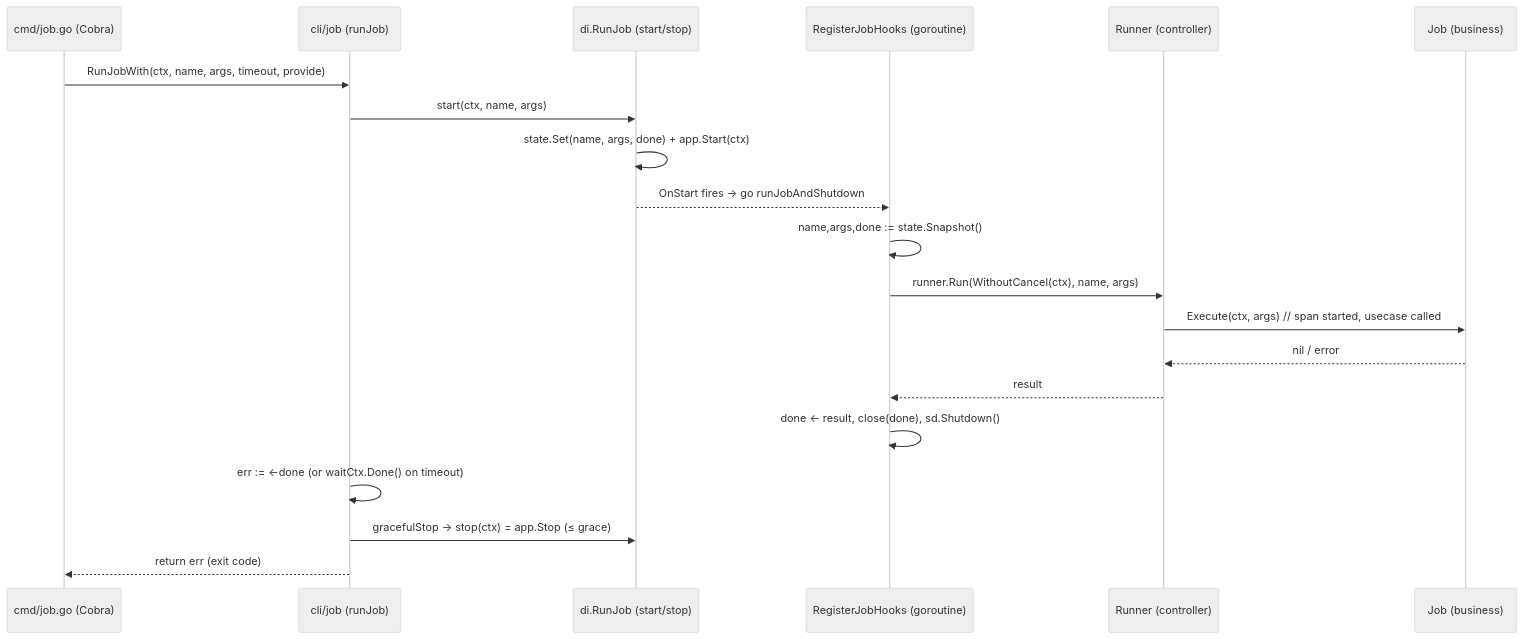
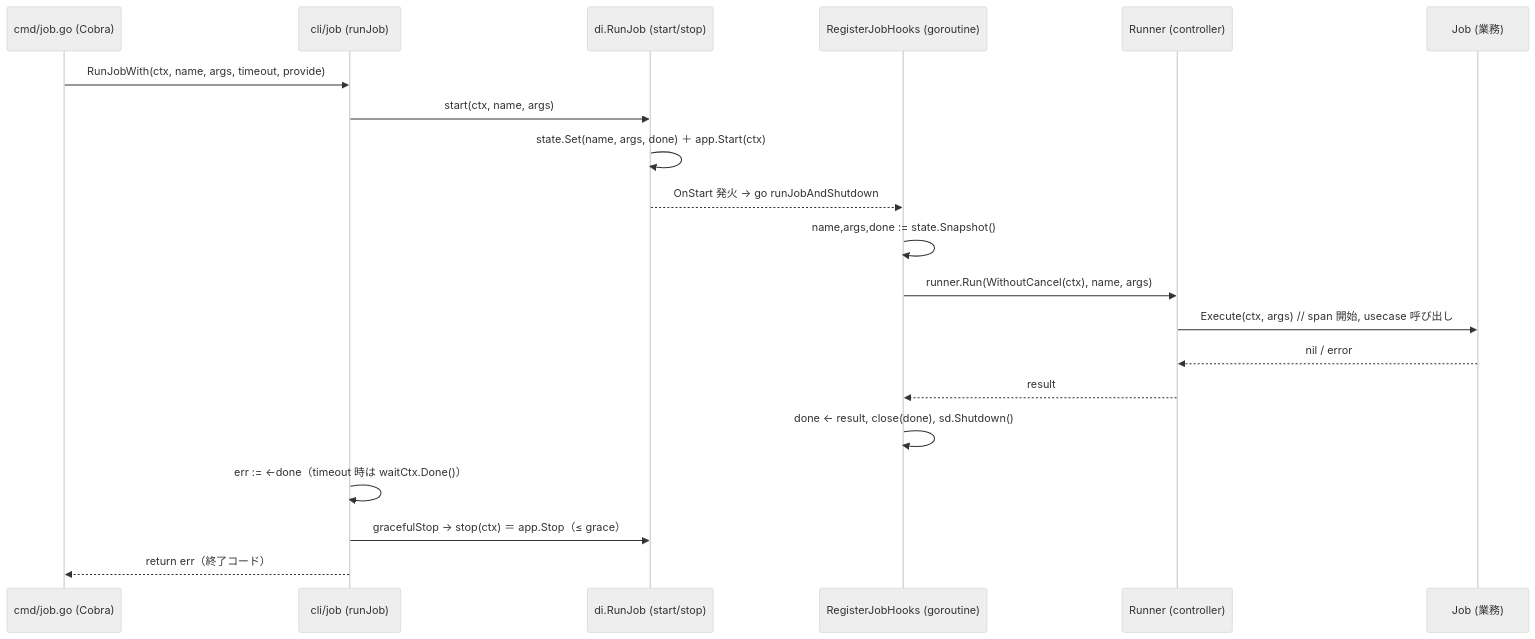
The fifth of 6 diagrams in docs/design/job.md (Tomy-ch/go-boilerplate), drawn with Mermaid (neutral theme) before and after one commit. The commit also changed other lines of this file and 970 other files, not shown here.

````diff
--- a/docs/design/job.md
+++ b/docs/design/job.md
@@ -159,22 +159,22 @@
 ```mermaid
 sequenceDiagram
     participant Cobra as cmd/job.go (Cobra)
     participant CLI as cli/job (runJob)
     participant DI as di.RunJob (start/stop)
     participant Hook as RegisterJobHooks (goroutine)
     participant Run as Runner (controller)
-    participant J as Job (business)
+    participant J as Job (業務)
     Cobra->>CLI: RunJobWith(ctx, name, args, timeout, provide)
     CLI->>DI: start(ctx, name, args)
-    DI->>DI: state.Set(name, args, done) + app.Start(ctx)
-    DI-->>Hook: OnStart fires → go runJobAndShutdown
+    DI->>DI: state.Set(name, args, done) ＋ app.Start(ctx)
+    DI-->>Hook: OnStart 発火 → go runJobAndShutdown
     Hook->>Hook: name,args,done := state.Snapshot()
     Hook->>Run: runner.Run(WithoutCancel(ctx), name, args)
-    Run->>J: Execute(ctx, args)  // span started, usecase called
+    Run->>J: Execute(ctx, args)  // span 開始, usecase 呼び出し
     J-->>Run: nil / error
     Run-->>Hook: result
     Hook->>Hook: done <- result, close(done), sd.Shutdown()
-    CLI->>CLI: err := <-done (or waitCtx.Done() on timeout)
-    CLI->>DI: gracefulStop → stop(ctx) = app.Stop (≤ grace)
-    CLI-->>Cobra: return err (exit code)
+    CLI->>CLI: err := <-done（timeout 時は waitCtx.Done()）
+    CLI->>DI: gracefulStop → stop(ctx) ＝ app.Stop（≤ grace）
+    CLI-->>Cobra: return err（終了コード）
 ```
````
